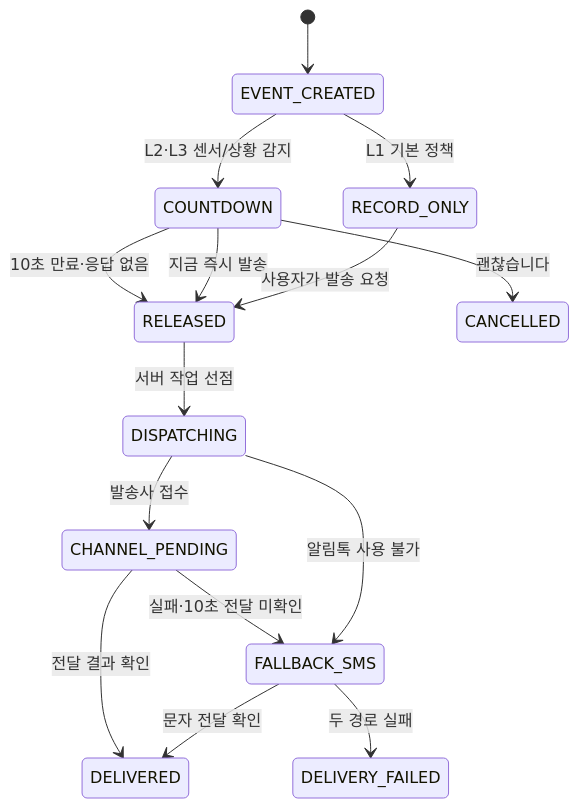
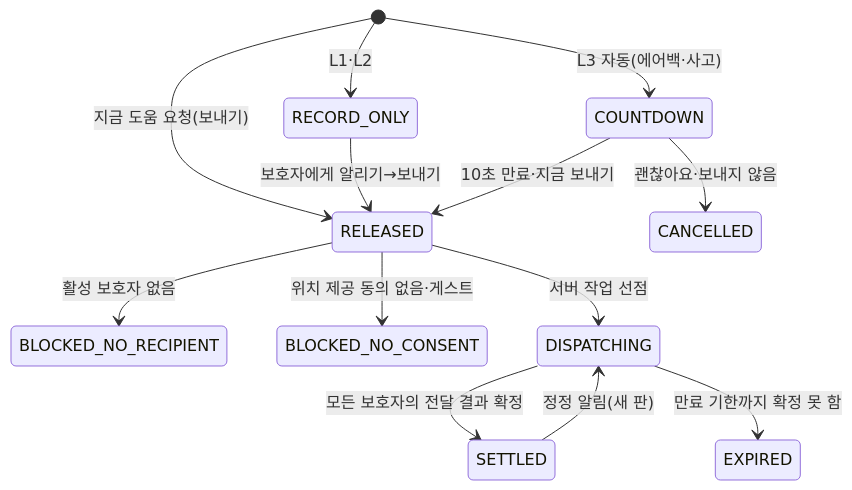
The third of 3 diagrams in hyundai_app_market/docs/analysis/integrated-vehicle-care-2026-11-12.md (himangga01/pleos_super_guard), drawn with Mermaid before and after one commit. The commit also changed other lines of this file and 9 other files, not shown here.

````diff
--- a/hyundai_app_market/docs/analysis/integrated-vehicle-care-2026-11-12.md
+++ b/hyundai_app_market/docs/analysis/integrated-vehicle-care-2026-11-12.md
@@ -465,17 +638,15 @@
 ```mermaid
 stateDiagram-v2
-  [*] --> EVENT_CREATED
-  EVENT_CREATED --> COUNTDOWN: L2·L3 센서/상황 감지
-  EVENT_CREATED --> RECORD_ONLY: L1 기본 정책
-  COUNTDOWN --> RELEASED: 10초 만료·응답 없음
-  COUNTDOWN --> RELEASED: 지금 즉시 발송
-  COUNTDOWN --> CANCELLED: 괜찮습니다
-  RECORD_ONLY --> RELEASED: 사용자가 발송 요청
+  [*] --> RECORD_ONLY: L1·L2
+  [*] --> COUNTDOWN: L3 자동(에어백·사고)
+  [*] --> RELEASED: 지금 도움 요청(보내기)
+  RECORD_ONLY --> RELEASED: 보호자에게 알리기→보내기
+  COUNTDOWN --> RELEASED: 10초 만료·지금 보내기
+  COUNTDOWN --> CANCELLED: 괜찮아요·보내지 않음
+  RELEASED --> BLOCKED_NO_RECIPIENT: 활성 보호자 없음
+  RELEASED --> BLOCKED_NO_CONSENT: 위치 제공 동의 없음·게스트
   RELEASED --> DISPATCHING: 서버 작업 선점
-  DISPATCHING --> CHANNEL_PENDING: 발송사 접수
-  CHANNEL_PENDING --> DELIVERED: 전달 결과 확인
-  CHANNEL_PENDING --> FALLBACK_SMS: 실패·10초 전달 미확인
-  DISPATCHING --> FALLBACK_SMS: 알림톡 사용 불가
-  FALLBACK_SMS --> DELIVERED: 문자 전달 확인
-  FALLBACK_SMS --> DELIVERY_FAILED: 두 경로 실패
+  DISPATCHING --> SETTLED: 모든 보호자의 전달 결과 확정
+  DISPATCHING --> EXPIRED: 만료 기한까지 확정 못 함
+  SETTLED --> DISPATCHING: 정정 알림(새 판)
 ```
````
